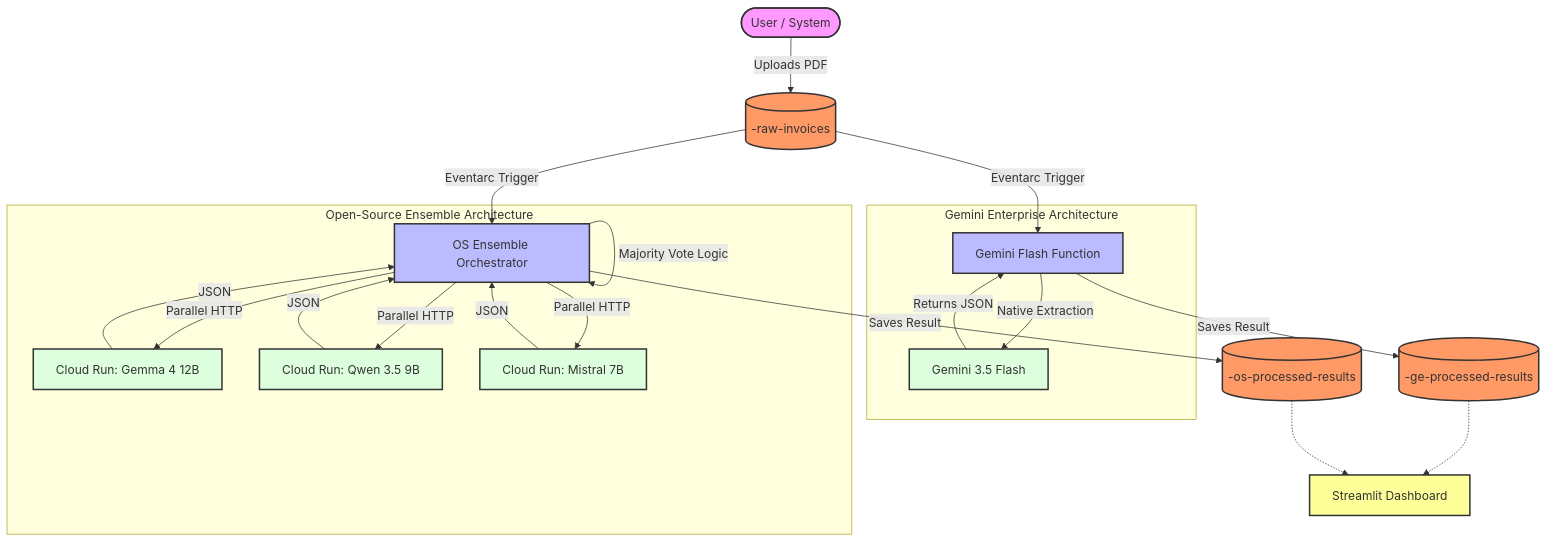
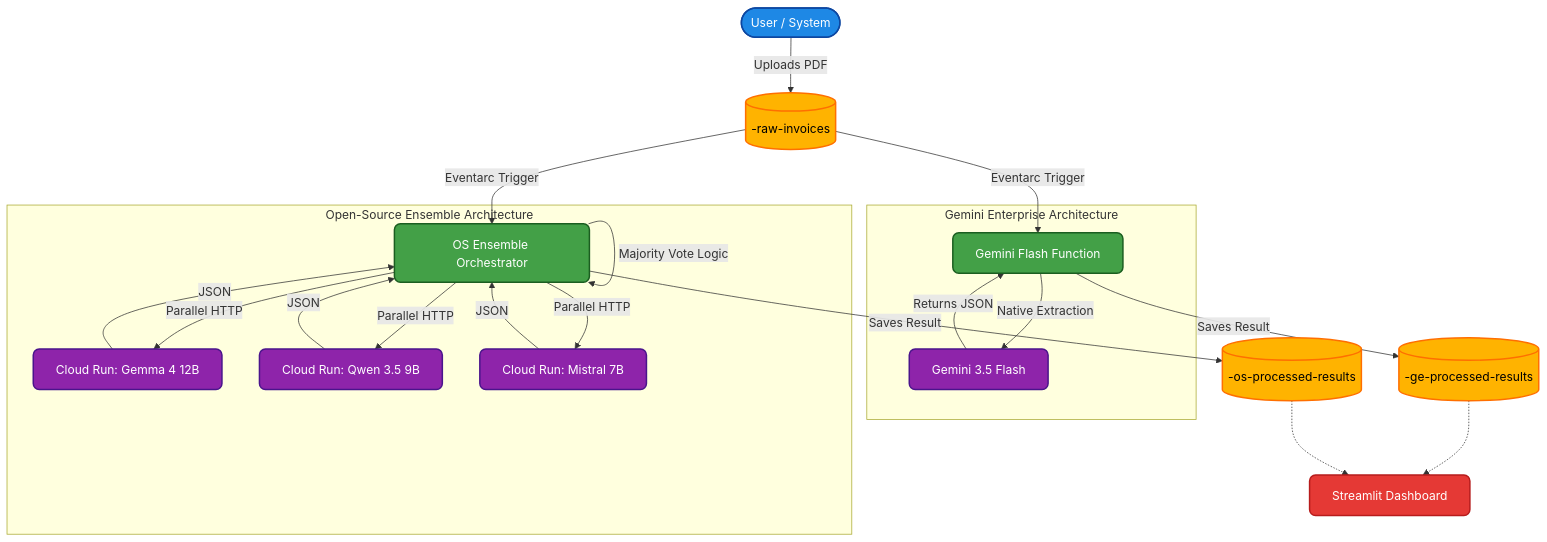
One commit to wojciehm/gcp-invoice-processor-demo changed the first of 2 diagrams in README.md. Above: the diagram before and after it, drawn with Mermaid. The commit also changed other lines of this file and 1 other file, not shown here.

Commit message:
docs: beautify mermaid diagrams in README

````diff
--- a/README.md
+++ b/README.md
@@ -25,36 +25,37 @@
 ```mermaid
-graph TD
-    classDef user fill:#f9f,stroke:#333,stroke-width:2px;
-    classDef bucket fill:#f96,stroke:#333,stroke-width:2px;
-    classDef compute fill:#bbf,stroke:#333,stroke-width:2px;
-    classDef model fill:#dfd,stroke:#333,stroke-width:2px;
-    classDef dashboard fill:#ff9,stroke:#333,stroke-width:2px;
+flowchart TD
+    %% Modern Sleek Styling
+    classDef user fill:#1E88E5,stroke:#0D47A1,stroke-width:2px,color:#fff,rx:8,ry:8;
+    classDef bucket fill:#FFB300,stroke:#FF6F00,stroke-width:2px,color:#000,rx:8,ry:8;
+    classDef compute fill:#43A047,stroke:#1B5E20,stroke-width:2px,color:#fff,rx:8,ry:8;
+    classDef model fill:#8E24AA,stroke:#4A148C,stroke-width:2px,color:#fff,rx:8,ry:8;
+    classDef dashboard fill:#E53935,stroke:#b71c1c,stroke-width:2px,color:#fff,rx:8,ry:8;
 
     User([User / System]):::user -->|Uploads PDF| RawBucket[(<YOUR_BUCKET_PREFIX>-raw-invoices)]:::bucket
     
     RawBucket -->|Eventarc Trigger| GEM_CF[Gemini Flash Function]:::compute
     RawBucket -->|Eventarc Trigger| OS_CF[OS Ensemble Orchestrator]:::compute
     
     subgraph "Gemini Enterprise Architecture"
         GEM_CF -->|Native Extraction| Gemini[Gemini 3.5 Flash]:::model
         Gemini -->|Returns JSON| GEM_CF
     end
     
     subgraph "Open-Source Ensemble Architecture"
         OS_CF -->|Parallel HTTP| Model1[Cloud Run: Gemma 4 12B]:::model
         OS_CF -->|Parallel HTTP| Model2[Cloud Run: Qwen 3.5 9B]:::model
         OS_CF -->|Parallel HTTP| Model3[Cloud Run: Mistral 7B]:::model
         
         Model1 -->|JSON| OS_CF
         Model2 -->|JSON| OS_CF
         Model3 -->|JSON| OS_CF
         
         OS_CF -->|Majority Vote Logic| OS_CF
     end
     
     GEM_CF -->|Saves Result| GEBucket[(<YOUR_BUCKET_PREFIX>-ge-processed-results)]:::bucket
     OS_CF -->|Saves Result| OSBucket[(<YOUR_BUCKET_PREFIX>-os-processed-results)]:::bucket
     
     GEBucket -.-> Dashboard[Streamlit Dashboard]:::dashboard
     OSBucket -.-> Dashboard
 ```
````
